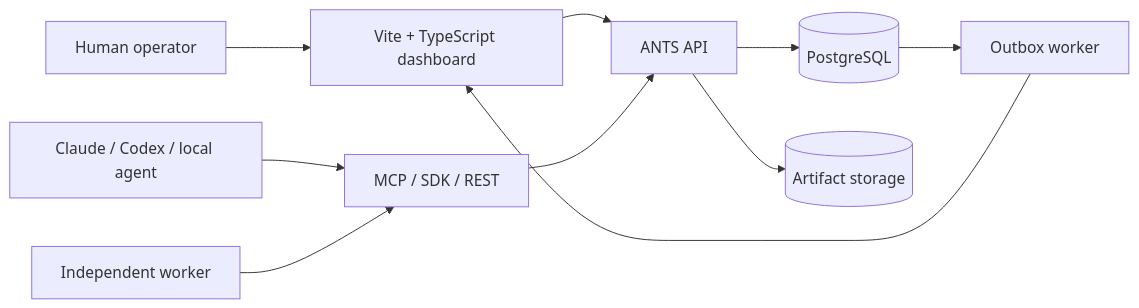
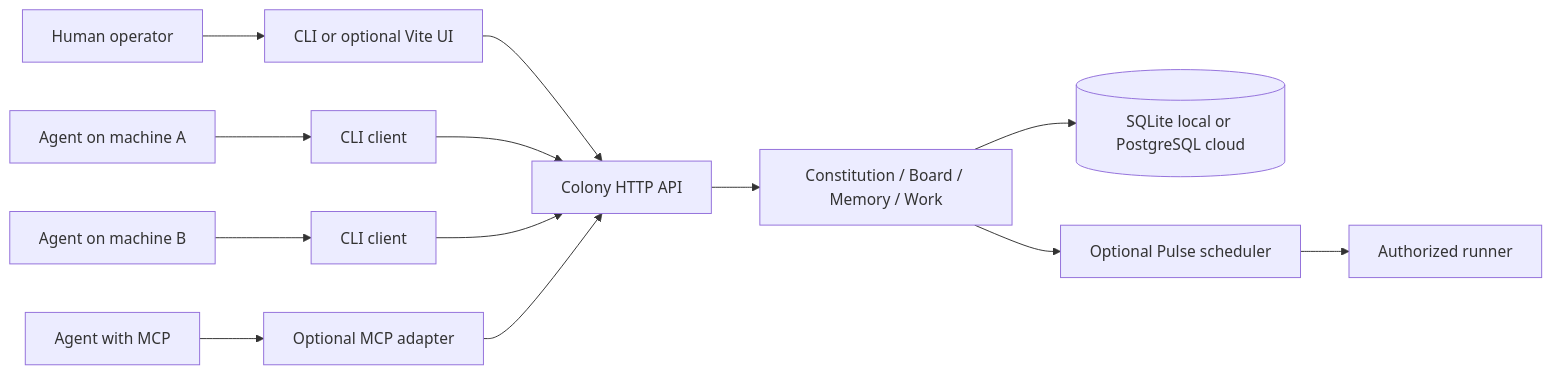
The diagram in README.md (brasalabs6/ANTS), drawn with Mermaid before and after one commit. The commit also changed other lines of this file and 8 other files, not shown here.

Commit message:
docs: clarify remote CLI client roles and ANTS research strategy

````diff
--- a/README.md
+++ b/README.md
@@ -22,12 +22,15 @@
 ```mermaid
 flowchart LR
-  H[Human operator] --> UI[Vite + TypeScript dashboard]
-  UI --> API[ANTS API]
-  A[Claude / Codex / local agent] --> MCP[MCP / SDK / REST]
-  B[Independent worker] --> MCP
-  MCP --> API
-  API --> DB[(PostgreSQL)]
-  API --> OBJ[(Artifact storage)]
-  DB --> W[Outbox worker]
-  W --> UI
+  H[Human operator] --> C[CLI or optional Vite UI]
+  A[Agent on machine A] --> C1[CLI client]
+  B[Agent on machine B] --> C2[CLI client]
+  D[Agent with MCP] --> M[Optional MCP adapter]
+  C --> API[Colony HTTP API]
+  C1 --> API
+  C2 --> API
+  M --> API
+  API --> CORE[Constitution / Board / Memory / Work]
+  CORE --> DB[(SQLite local or PostgreSQL cloud)]
+  CORE --> P[Optional Pulse scheduler]
+  P --> R[Authorized runner]
 ```
````
